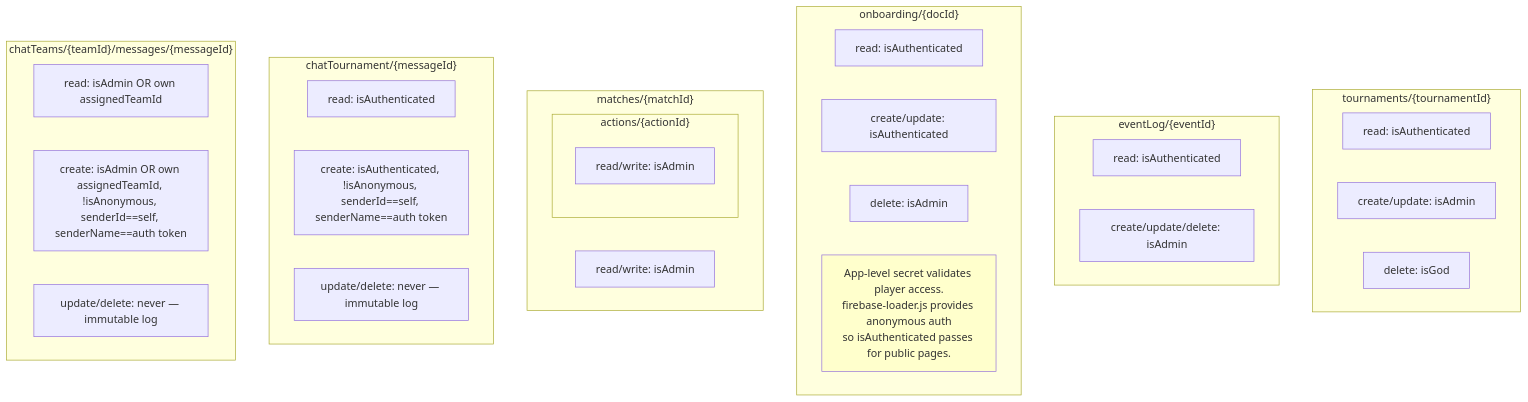
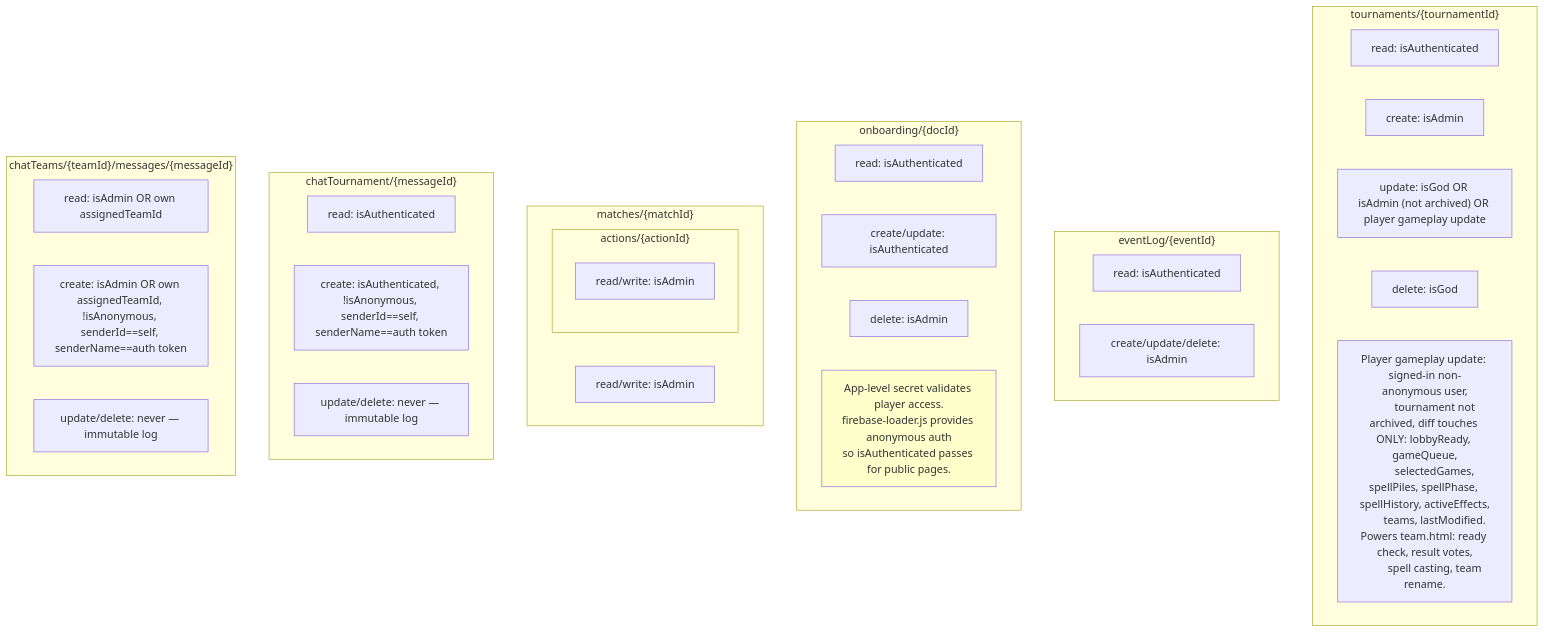
Before and after one commit to LNiitlahti/BoardGame: the third of 5 diagrams in BoardGame/docs/architecture/firestore-rules.md, drawn with Mermaid. The commit also changed other lines of this file and 3 other files, not shown here.

````diff
--- a/BoardGame/docs/architecture/firestore-rules.md
+++ b/BoardGame/docs/architecture/firestore-rules.md
@@ -70,41 +70,47 @@
 ```mermaid
 flowchart TD
     subgraph "tournaments/{tournamentId}"
         T_R["read: isAuthenticated"]
-        T_CU["create/update: isAdmin"]
+        T_C["create: isAdmin"]
+        T_U["update: isGod OR isAdmin (not archived) OR player gameplay update"]
         T_D["delete: isGod"]
+        T_NOTE["Player gameplay update: signed-in non-anonymous user,
+        tournament not archived, diff touches ONLY: lobbyReady, gameQueue,
+        selectedGames, spellPiles, spellPhase, spellHistory, activeEffects,
+        teams, lastModified. Powers team.html: ready check, result votes,
+        spell casting, team rename."]
     end
 
     subgraph "eventLog/{eventId}"
         E_R["read: isAuthenticated"]
         E_CUD["create/update/delete: isAdmin"]
     end
 
     subgraph "onboarding/{docId}"
         O_R["read: isAuthenticated"]
         O_CU["create/update: isAuthenticated"]
         O_D["delete: isAdmin"]
         O_NOTE["App-level secret validates player access.<br/>firebase-loader.js provides anonymous auth<br/>so isAuthenticated passes for public pages."]
     end
 
     subgraph "matches/{matchId}"
         M_ALL["read/write: isAdmin"]
         subgraph "actions/{actionId}"
             A_ALL["read/write: isAdmin"]
         end
     end
 
     subgraph "chatTournament/{messageId}"
         CT_R["read: isAuthenticated"]
         CT_C["create: isAuthenticated, !isAnonymous, senderId==self, senderName==auth token"]
         CT_UD["update/delete: never — immutable log"]
     end
 
     subgraph "chatTeams/{teamId}/messages/{messageId}"
         CTeam_R["read: isAdmin OR own assignedTeamId"]
         CTeam_C["create: isAdmin OR own assignedTeamId, !isAnonymous, senderId==self, senderName==auth token"]
         CTeam_UD["update/delete: never — immutable log"]
     end
 
     style O_NOTE fill:#ffffcc
 ```
````
